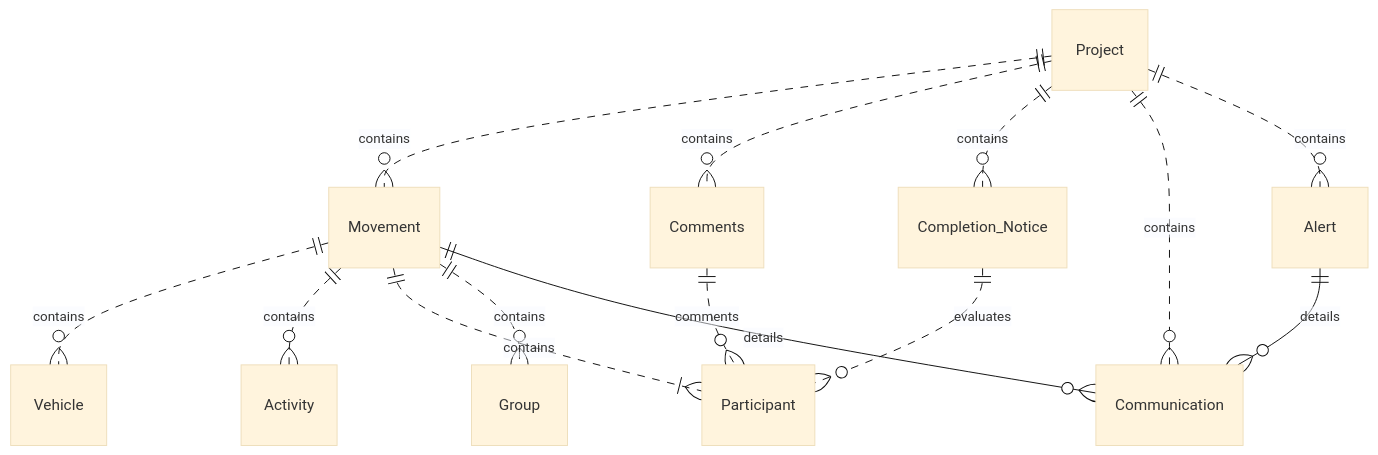
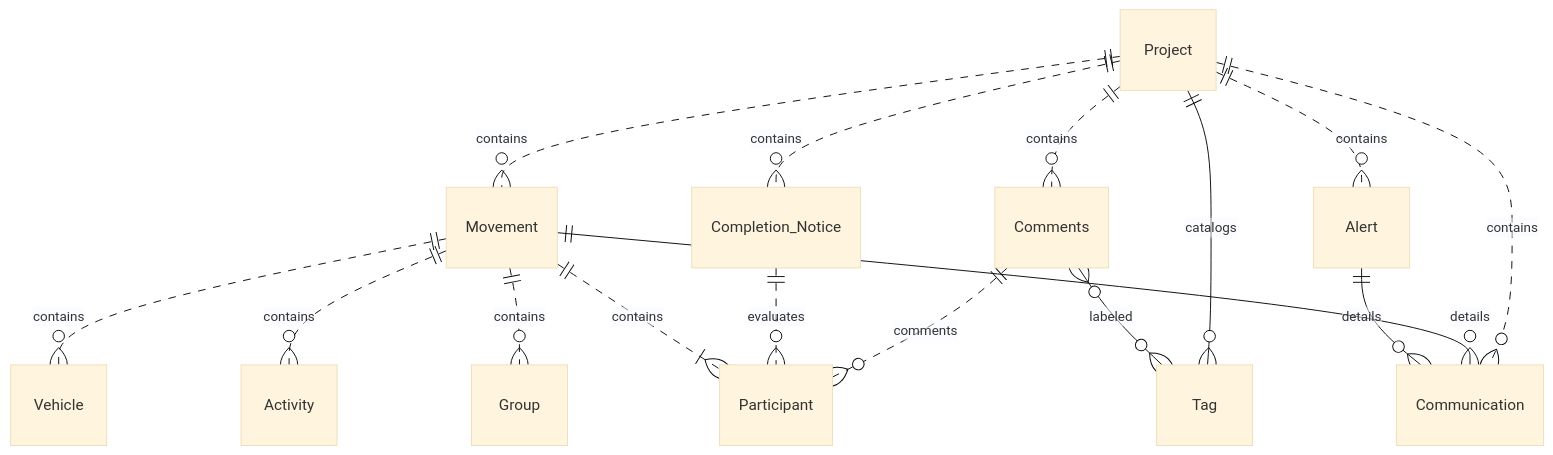
The diagram in functional/business-objects/operations/index.md (laucoin/my-project--documentation), drawn with Mermaid (base theme) before and after one commit. The commit also changed other lines of this file and 60 other files, not shown here.

````diff
--- a/functional/business-objects/operations/index.md
+++ b/functional/business-objects/operations/index.md
@@ -25,16 +27,18 @@
 ```mermaid
 erDiagram
     Project ||..o{ Movement: contains
     Movement ||..o{ Vehicle: contains
     Movement ||..o{ Activity: contains
     Project ||..o{ Comments: contains
+    Project ||--o{ Tag: catalogs
     Comments ||..o{ Participant: comments
+    Comments }o--o{ Tag: labeled
     Project ||..o{ Completion_Notice: contains
     Completion_Notice ||..o{ Participant: evaluates
     Movement ||..|{ Participant: contains
     Movement ||..o{ Group: contains
     Project ||..o{ Communication: contains
     Movement ||--o{ Communication: details
     Project ||..o{ Alert: contains
     Alert ||--o{ Communication: details
 ```
````
